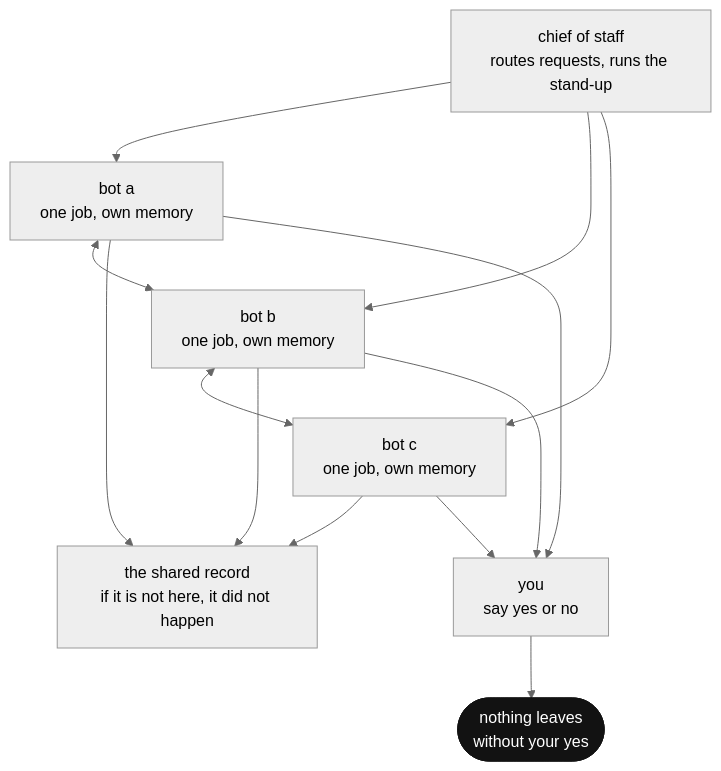
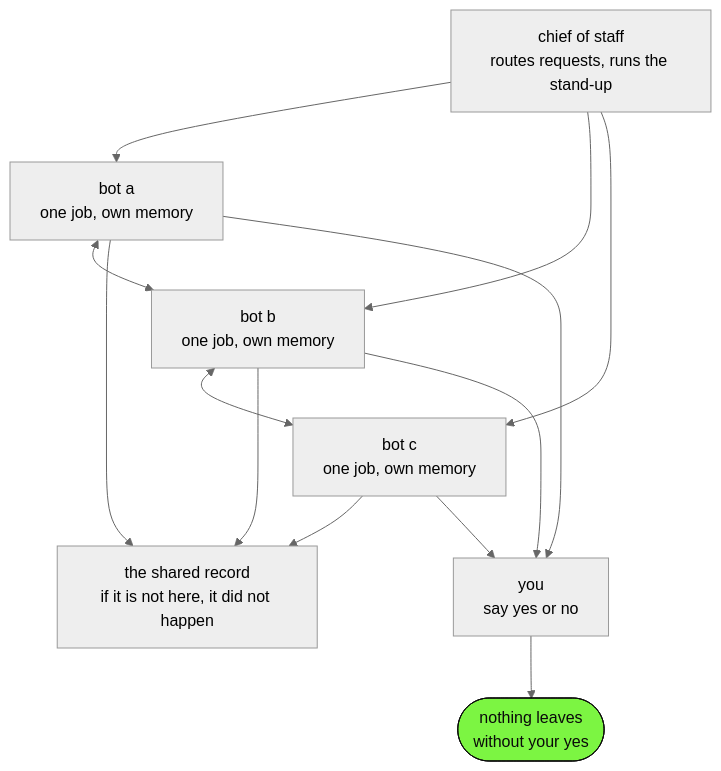
The diagram in operate/bot-staff/figures/staff-wiring.mmd (shashank-sn/workflows), drawn with Mermaid (neutral theme) before and after one commit. The commit also changed 63 other files, not shown here.

```diff
--- a/operate/bot-staff/figures/staff-wiring.mmd
+++ b/operate/bot-staff/figures/staff-wiring.mmd
@@ -1,16 +1,16 @@
 %% a staff of single-job bots: one shared record, a chief of staff, and the human gate
 flowchart TB
   H["you<br/>say yes or no"] --> G(["nothing leaves<br/>without your yes"])
   C["chief of staff<br/>routes requests, runs the stand-up"] --> B1["bot a<br/>one job, own memory"]
   C --> B2["bot b<br/>one job, own memory"]
   C --> B3["bot c<br/>one job, own memory"]
   B1 <--> B2
   B2 <--> B3
   B1 --> W["the shared record<br/>if it is not here, it did not happen"]
   B2 --> W
   B3 --> W
   B1 --> H
   B2 --> H
   B3 --> H
-  classDef ink fill:#121212,color:#ffffff,stroke:#121212
-  class G ink
+  classDef key fill:#7cf542,color:#0a0a0a,stroke:#0a0a0a
+  class G key
```
